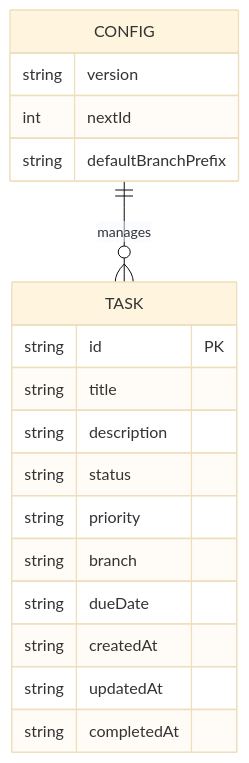
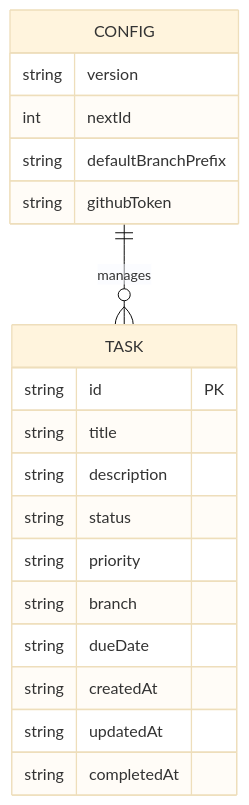
One commit to kyosawa/claude-code-book-chapter8 changed the second of 7 diagrams in docs/functional-design.md. Above: the diagram before and after it, drawn with Mermaid (base theme). The commit also changed other lines of this file, not shown here.

````diff
--- a/docs/functional-design.md
+++ b/docs/functional-design.md
@@ -89,21 +92,22 @@
 ```mermaid
 erDiagram
     CONFIG ||--o{ TASK : manages
     TASK {
         string id PK
         string title
         string description
         string status
         string priority
         string branch
         string dueDate
         string createdAt
         string updatedAt
         string completedAt
     }
     CONFIG {
         string version
         int nextId
         string defaultBranchPrefix
+        string githubToken
     }
 ```
````
